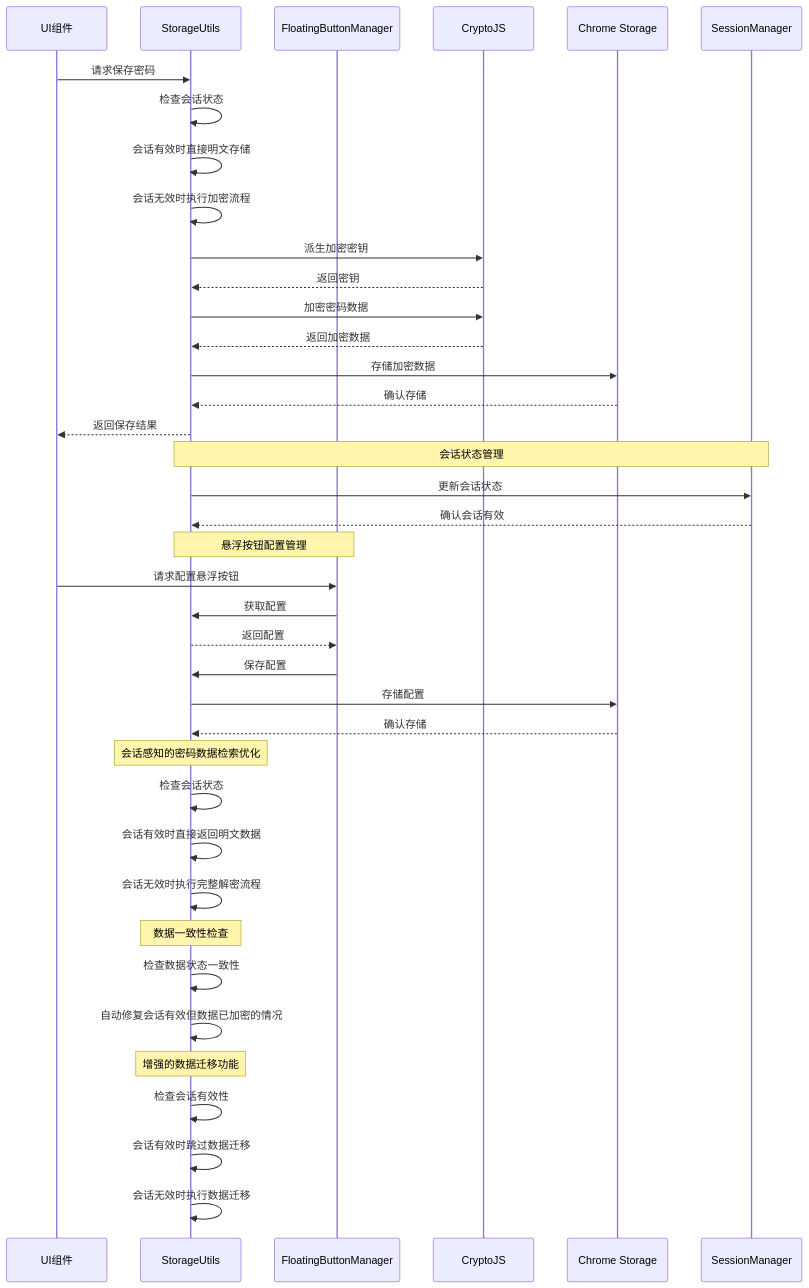
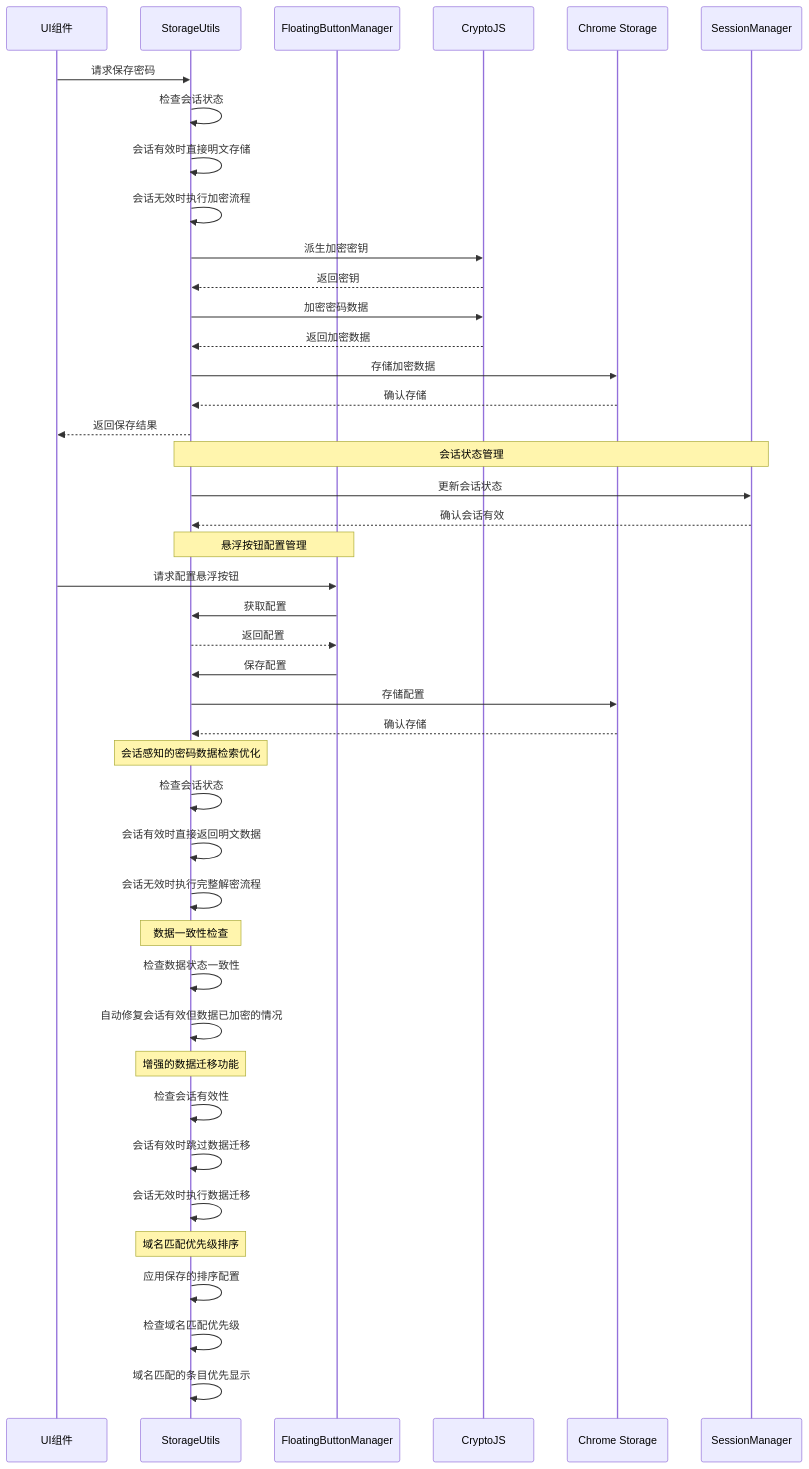
One commit to liaolongdong/account-password-helper changed the third of 14 diagrams in .qoder/repowiki/zh/content/核心模块/存储管理系统.md. Above: the diagram before and after it, drawn with Mermaid. The commit also changed other lines of this file and 4 other files, not shown here.

````diff
--- a/.qoder/repowiki/zh/content/核心模块/存储管理系统.md
+++ b/.qoder/repowiki/zh/content/核心模块/存储管理系统.md
@@ -214,41 +222,45 @@
 ```mermaid
 sequenceDiagram
 participant UI as UI组件
 participant Storage as StorageUtils
 participant FloatingMgr as FloatingButtonManager
 participant Crypto as CryptoJS
 participant Chrome as Chrome Storage
 participant Session as SessionManager
 UI->>Storage : 请求保存密码
 Storage->>Storage : 检查会话状态
 Storage->>Storage : 会话有效时直接明文存储
 Storage->>Storage : 会话无效时执行加密流程
 Storage->>Crypto : 派生加密密钥
 Crypto-->>Storage : 返回密钥
 Storage->>Crypto : 加密密码数据
 Crypto-->>Storage : 返回加密数据
 Storage->>Chrome : 存储加密数据
 Chrome-->>Storage : 确认存储
 Storage-->>UI : 返回保存结果
 Note over Storage,Session : 会话状态管理
 Storage->>Session : 更新会话状态
 Session-->>Storage : 确认会话有效
 Note over Storage,FloatingMgr : 悬浮按钮配置管理
 UI->>FloatingMgr : 请求配置悬浮按钮
 FloatingMgr->>Storage : 获取配置
 Storage-->>FloatingMgr : 返回配置
 FloatingMgr->>Storage : 保存配置
 Storage->>Chrome : 存储配置
 Chrome-->>Storage : 确认存储
 Note over Storage : 会话感知的密码数据检索优化
 Storage->>Storage : 检查会话状态
 Storage->>Storage : 会话有效时直接返回明文数据
 Storage->>Storage : 会话无效时执行完整解密流程
 Note over Storage : 数据一致性检查
 Storage->>Storage : 检查数据状态一致性
 Storage->>Storage : 自动修复会话有效但数据已加密的情况
 Note over Storage : 增强的数据迁移功能
 Storage->>Storage : 检查会话有效性
 Storage->>Storage : 会话有效时跳过数据迁移
 Storage->>Storage : 会话无效时执行数据迁移
+Note over Storage : 域名匹配优先级排序
+Storage->>Storage : 应用保存的排序配置
+Storage->>Storage : 检查域名匹配优先级
+Storage->>Storage : 域名匹配的条目优先显示
 ```
````
